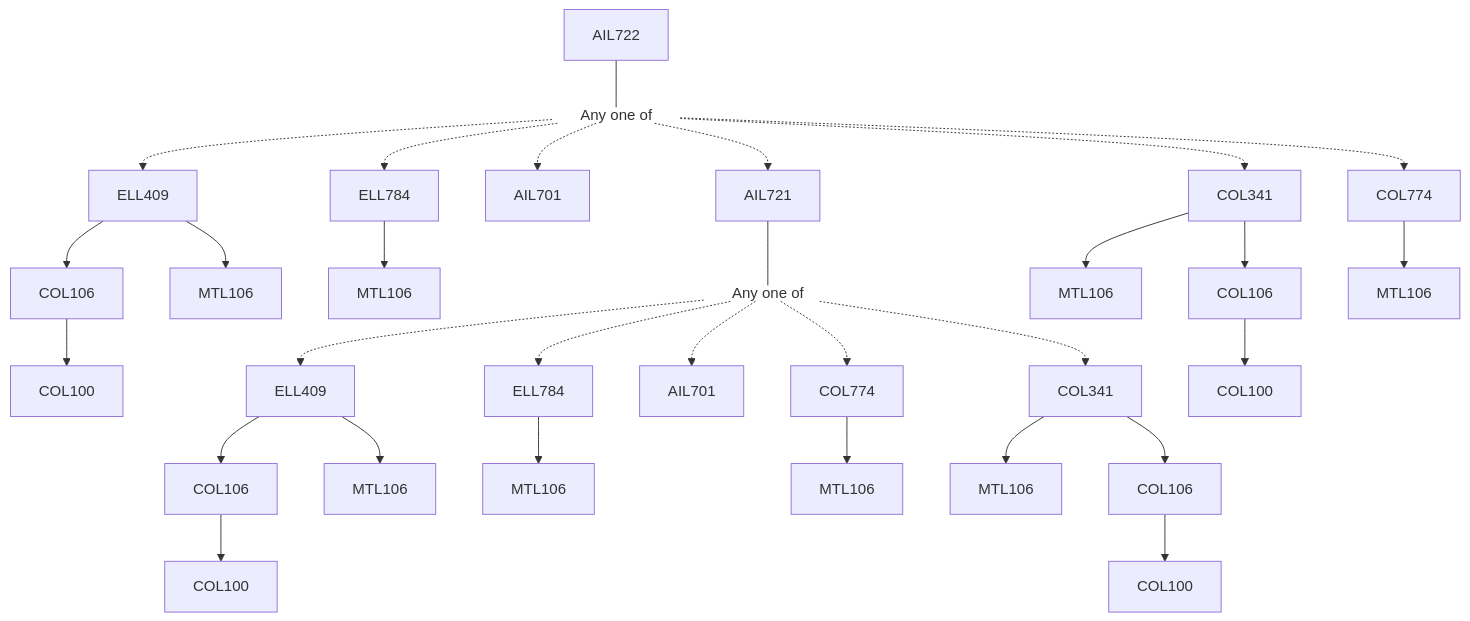
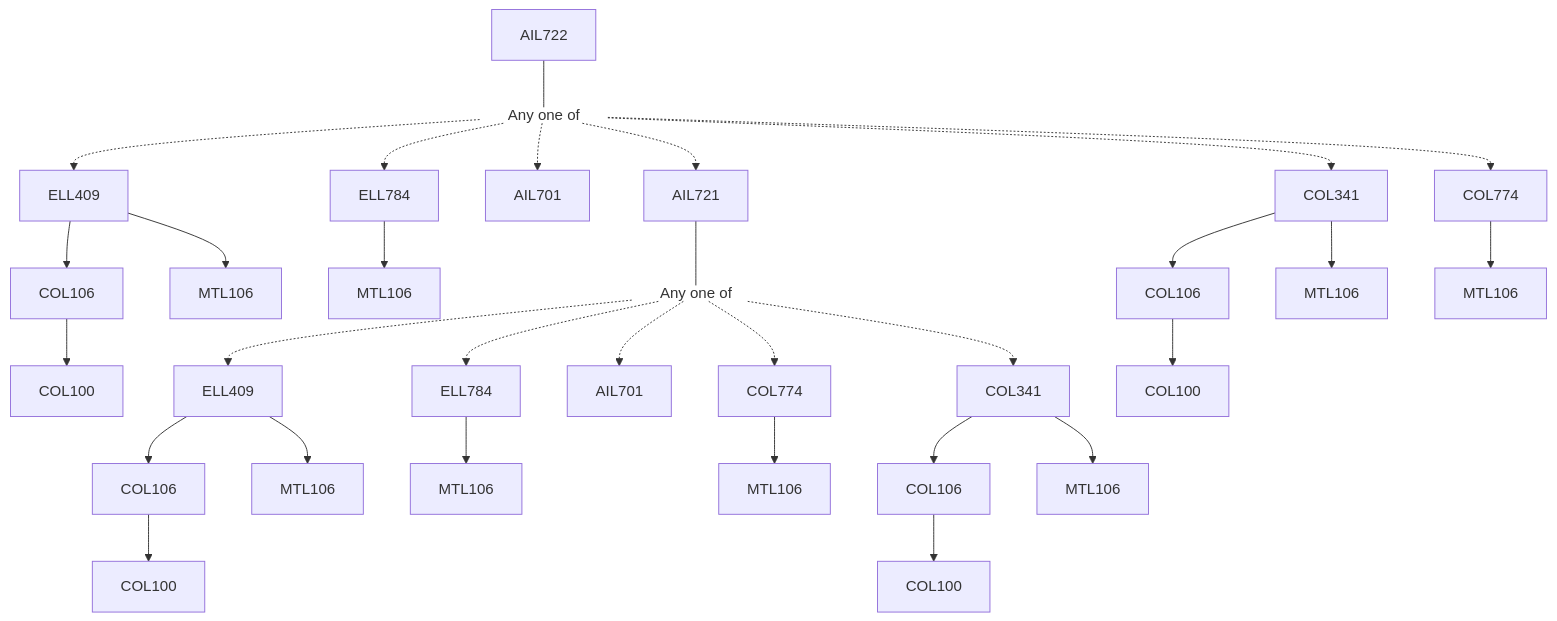
The diagram in content/School of Artificial Intelligence/AIL722.md (KeshavBansal0122/CoS_Website), drawn with Mermaid before and after one commit. The commit also changed other lines of this file and 392 other files, not shown here.

````diff
--- a/content/School of Artificial Intelligence/AIL722.md
+++ b/content/School of Artificial Intelligence/AIL722.md
@@ -15,36 +15,36 @@
 ```mermaid
 flowchart TD
 AIL722-1242[AIL722]
 AIL722-1242 --- Or1243[Any one of]:::empty
 COL106-1244 --> COL100-1244[COL100]
 ELL409-1244 --> MTL106-1244[MTL106]
+Or1243 -.-> ELL409-1244[ELL409]
 ELL409-1244 --> COL106-1244[COL106]
-Or1243 -.-> ELL409-1244[ELL409]
 ELL784-1245 --> MTL106-1245[MTL106]
 Or1243 -.-> ELL784-1245[ELL784]
 Or1243 -.-> AIL701-1246[AIL701]
 AIL721-1247 --- Or1248[Any one of]:::empty
 COL106-1249 --> COL100-1249[COL100]
+ELL409-1249 --> MTL106-1249[MTL106]
+ELL409-1249 --> COL106-1249[COL106]
 Or1248 -.-> ELL409-1249[ELL409]
-ELL409-1249 --> COL106-1249[COL106]
-ELL409-1249 --> MTL106-1249[MTL106]
 ELL784-1250 --> MTL106-1250[MTL106]
 Or1248 -.-> ELL784-1250[ELL784]
 Or1248 -.-> AIL701-1251[AIL701]
 COL774-1252 --> MTL106-1252[MTL106]
 Or1248 -.-> COL774-1252[COL774]
-COL341-1253 --> MTL106-1253[MTL106]
 COL106-1253 --> COL100-1253[COL100]
 COL341-1253 --> COL106-1253[COL106]
 Or1248 -.-> COL341-1253[COL341]
+COL341-1253 --> MTL106-1253[MTL106]
 Or1243 -.-> AIL721-1247[AIL721]
+COL106-1254 --> COL100-1254[COL100]
+Or1243 -.-> COL341-1254[COL341]
+COL341-1254 --> COL106-1254[COL106]
 COL341-1254 --> MTL106-1254[MTL106]
-COL341-1254 --> COL106-1254[COL106]
-Or1243 -.-> COL341-1254[COL341]
-COL106-1254 --> COL100-1254[COL100]
 COL774-1255 --> MTL106-1255[MTL106]
 Or1243 -.-> COL774-1255[COL774]
 
 classDef empty height:17px, fill:transparent, stroke:transparent;
 classDef trueEmpty height:0px, width:0px;
 ```
````
